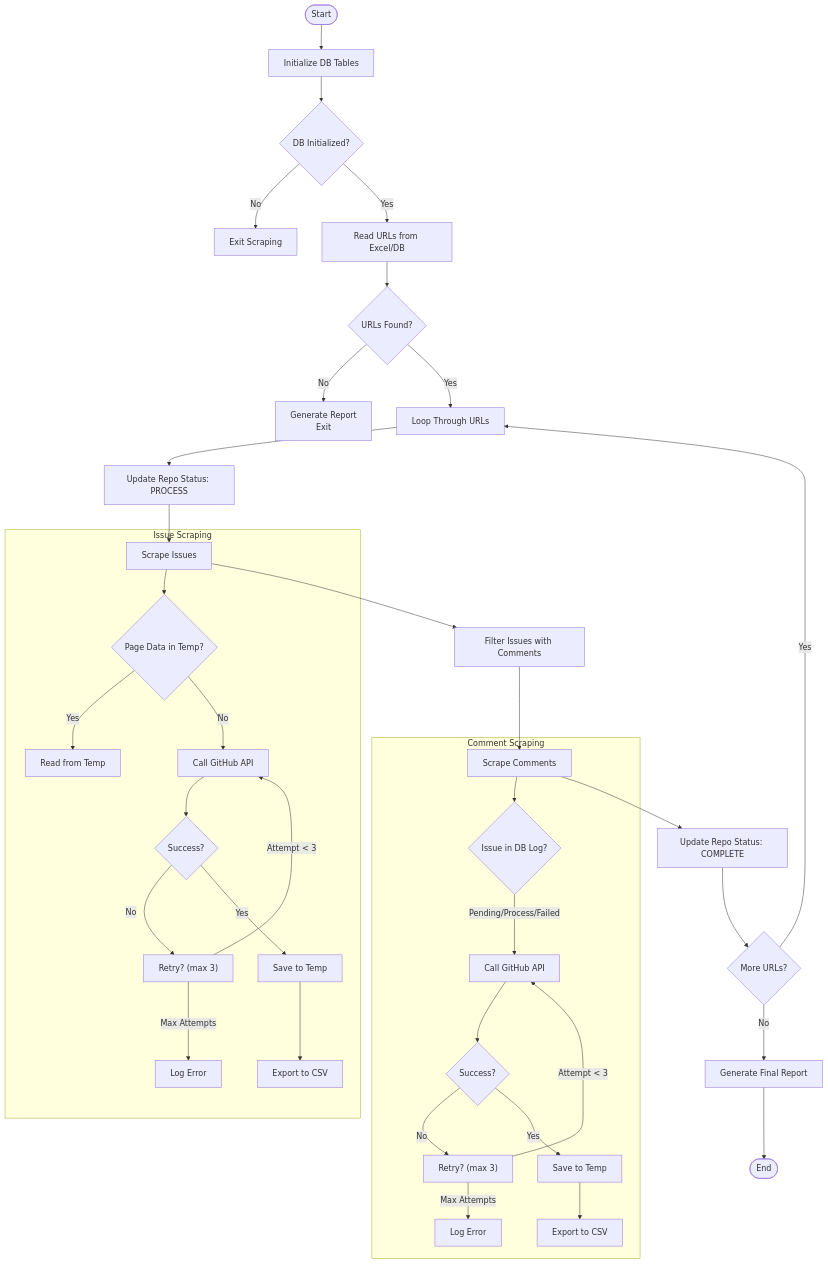
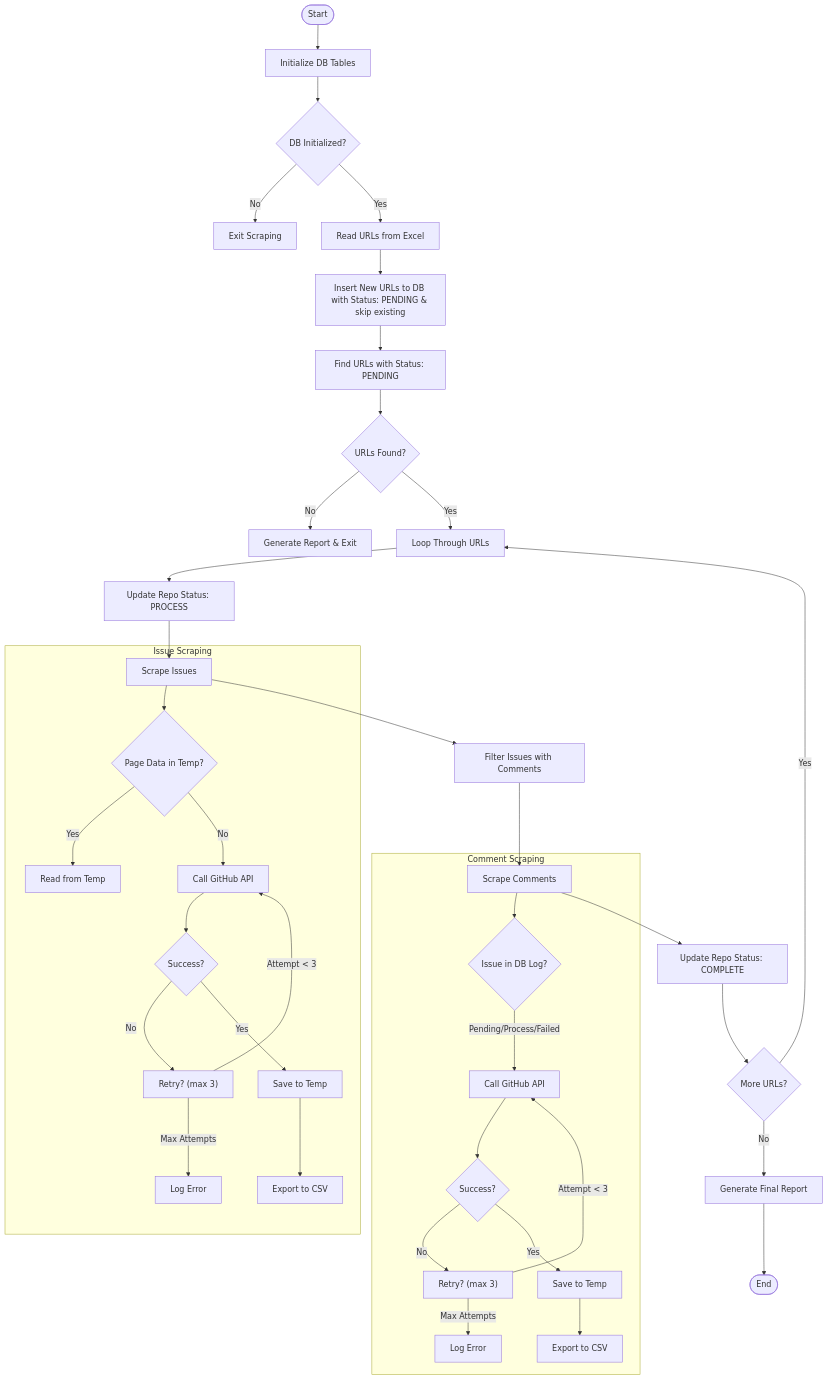
The diagram in document/de_expsc_assessment_scrape_flow.mmd (makenaichu970413/exp-science-de-assessment), drawn with Mermaid before and after one commit. The commit also changed 2 other files, not shown here.

```diff
--- a/document/de_expsc_assessment_scrape_flow.mmd
+++ b/document/de_expsc_assessment_scrape_flow.mmd
@@ -1,42 +1,44 @@
 flowchart TD
     A([Start]) --> B[Initialize DB Tables]
     B --> C{DB Initialized?}
     C -->|No| D[Exit Scraping]
-    C -->|Yes| E[Read URLs from Excel/DB]
-    E --> F{URLs Found?}
-    F -->|No| G[Generate Report\nExit]
-    F -->|Yes| H[Loop Through URLs]
-    H --> I[Update Repo Status: PROCESS]
-    I --> J[Scrape Issues]
+    C -->|Yes| E[Read URLs from Excel]
+    E --> F[Insert New URLs to DB with Status: PENDING & skip existing]
+    F --> G[Find URLs with Status: PENDING]
+    G --> H{URLs Found?}
+    H -->|No| I[Generate Report & Exit]
+    H -->|Yes| J[Loop Through URLs]
+    J --> K[Update Repo Status: PROCESS]
+    K --> L[Scrape Issues]
     
     subgraph "Issue Scraping"
-        J --> K{Page Data in Temp?}
-        K -->|Yes| L[Read from Temp]
-        K -->|No| M[Call GitHub API]
-        M --> N{Success?}
-        N -->|No| O["Retry? (max 3)"]
-        O -->|Attempt < 3| M
-        O -->|Max Attempts| P[Log Error]
-        N -->|Yes| Q[Save to Temp]
-        Q --> R[Export to CSV]
+        L --> M{Page Data in Temp?}
+        M -->|Yes| N[Read from Temp]
+        M -->|No| O[Call GitHub API]
+        O --> P{Success?}
+        P -->|No| Q["Retry? (max 3)"]
+        Q -->|Attempt < 3| O
+        Q -->|Max Attempts| R[Log Error]
+        P -->|Yes| S[Save to Temp]
+        S --> T[Export to CSV]
     end
     
-    J --> S[Filter Issues with Comments]
-    S --> T[Scrape Comments]
+    L --> U[Filter Issues with Comments]
+    U --> V[Scrape Comments]
     
     subgraph "Comment Scraping"
-        T --> U{Issue in DB Log?}
-        U -->|Pending/Process/Failed| V[Call GitHub API]
-        V --> W{Success?}
-        W -->|No| X["Retry? (max 3)"]
-        X -->|Attempt < 3| V
-        X -->|Max Attempts| Y[Log Error]
-        W -->|Yes| Z[Save to Temp]
-        Z --> AA[Export to CSV]
+        V --> W{Issue in DB Log?}
+        W -->|Pending/Process/Failed| X[Call GitHub API]
+        X --> Y{Success?}
+        Y -->|No| Z["Retry? (max 3)"]
+        Z -->|Attempt < 3| X
+        Z -->|Max Attempts| AA[Log Error]
+        Y -->|Yes| AB[Save to Temp]
+        AB --> AC[Export to CSV]
     end
     
-    T --> AB[Update Repo Status: COMPLETE]
-    AB --> AC{More URLs?}
-    AC -->|Yes| H
-    AC -->|No| AD[Generate Final Report]
-    AD --> AE([End])
+    V --> AD[Update Repo Status: COMPLETE]
+    AD --> AE{More URLs?}
+    AE -->|Yes| J
+    AE -->|No| AF[Generate Final Report]
+    AF --> AG([End])
```
